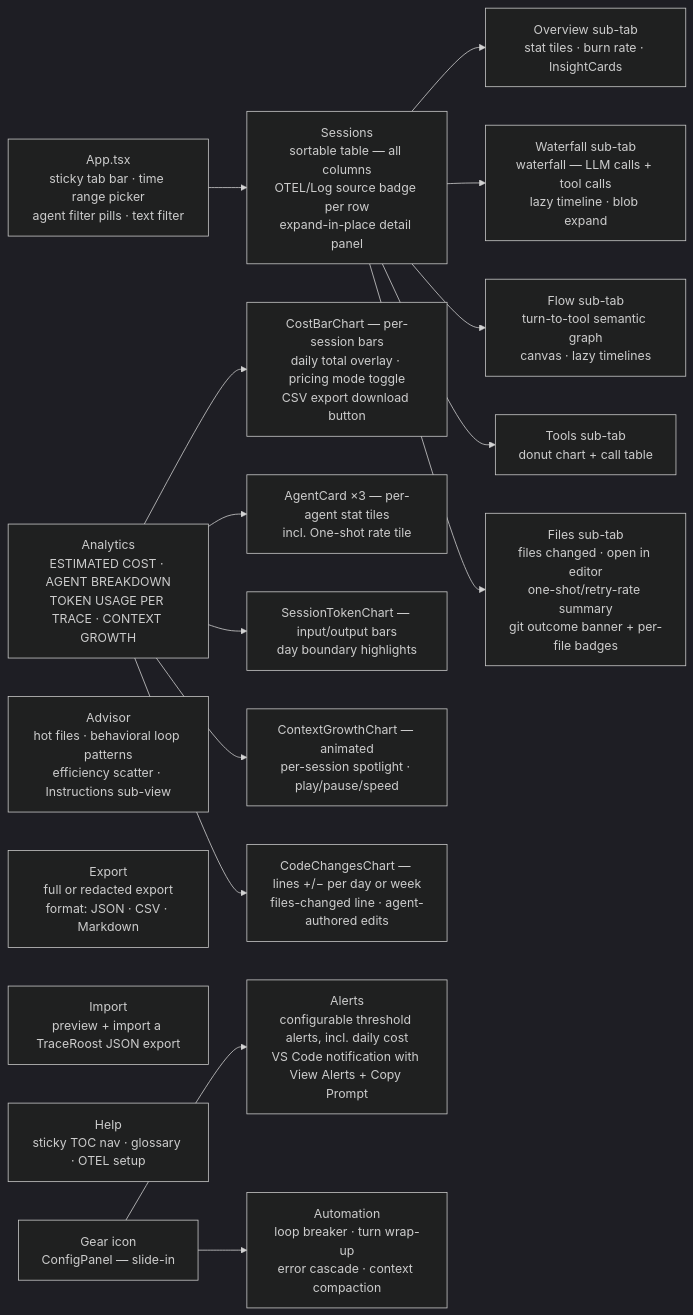
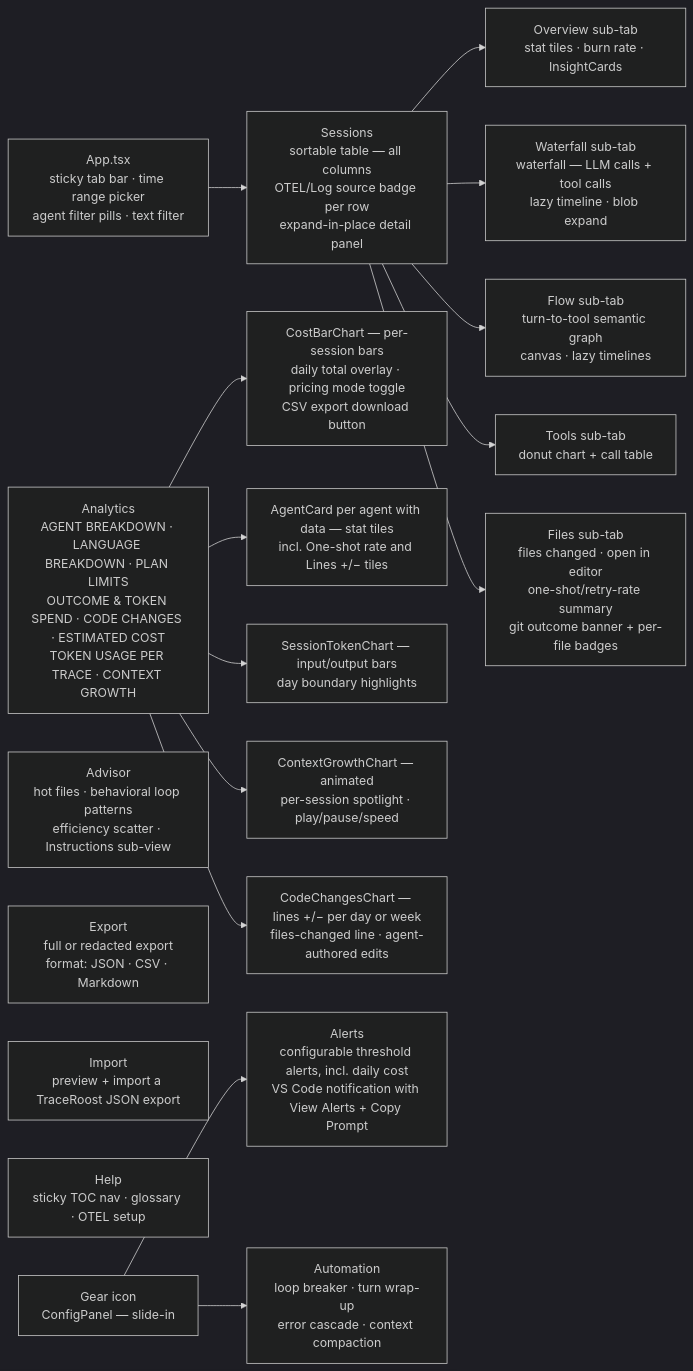
Diagram 14 of 20 in ARCHITECTURE.md (traceroost/core), drawn with Mermaid (dark theme) before and after one commit. The commit also changed other lines of this file and 8 other files, not shown here.

````diff
--- a/ARCHITECTURE.md
+++ b/ARCHITECTURE.md
@@ -829,26 +830,26 @@
 ```mermaid
 graph LR
     APP[App.tsx<br/>sticky tab bar · time range picker<br/>agent filter pills · text filter] --> T1
 
     T1[Sessions<br/>sortable table — all columns<br/>OTEL/Log source badge per row<br/>expand-in-place detail panel]
     T1 --> D1[Overview sub-tab<br/>stat tiles · burn rate · InsightCards]
     T1 --> D2[Waterfall sub-tab<br/>waterfall — LLM calls + tool calls<br/>lazy timeline · blob expand]
     T1 --> D3[Flow sub-tab<br/>turn-to-tool semantic graph<br/>canvas · lazy timelines]
     T1 --> D4[Tools sub-tab<br/>donut chart + call table]
     T1 --> D5[Files sub-tab<br/>files changed · open in editor<br/>one-shot/retry-rate summary<br/>git outcome banner + per-file badges]
 
-    T2[Analytics<br/>ESTIMATED COST · AGENT BREAKDOWN<br/>TOKEN USAGE PER TRACE · CONTEXT GROWTH]
+    T2[Analytics<br/>AGENT BREAKDOWN · LANGUAGE BREAKDOWN · PLAN LIMITS<br/>OUTCOME & TOKEN SPEND · CODE CHANGES · ESTIMATED COST<br/>TOKEN USAGE PER TRACE · CONTEXT GROWTH]
     T2 --> A1[CostBarChart — per-session bars<br/>daily total overlay · pricing mode toggle<br/>CSV export download button]
-    T2 --> A2[AgentCard ×3 — per-agent stat tiles<br/>incl. One-shot rate tile]
+    T2 --> A2[AgentCard per agent with data — stat tiles<br/>incl. One-shot rate and Lines +/− tiles]
     T2 --> A3[SessionTokenChart — input/output bars<br/>day boundary highlights]
     T2 --> A4[ContextGrowthChart — animated<br/>per-session spotlight · play/pause/speed]
     T2 --> A5[CodeChangesChart — lines +/− per day or week<br/>files-changed line · agent-authored edits]
 
     T3[Advisor<br/>hot files · behavioral loop patterns<br/>efficiency scatter · Instructions sub-view]
     T4[Export<br/>full or redacted export<br/>format: JSON · CSV · Markdown]
     T5[Import<br/>preview + import a TraceRoost JSON export]
     T6[Help<br/>sticky TOC nav · glossary · OTEL setup]
 
     GEAR[Gear icon<br/>ConfigPanel — slide-in] --> S1[Alerts<br/>configurable threshold alerts, incl. daily cost<br/>VS Code notification with View Alerts + Copy Prompt]
     GEAR --> S2[Automation<br/>loop breaker · turn wrap-up<br/>error cascade · context compaction]
 ```
````
